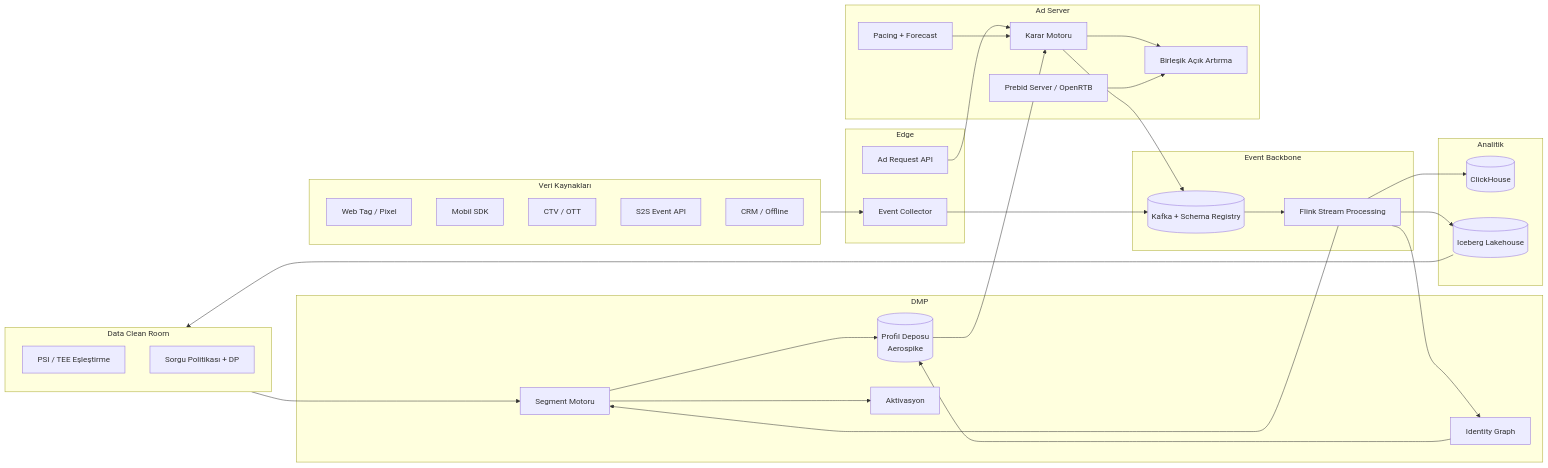
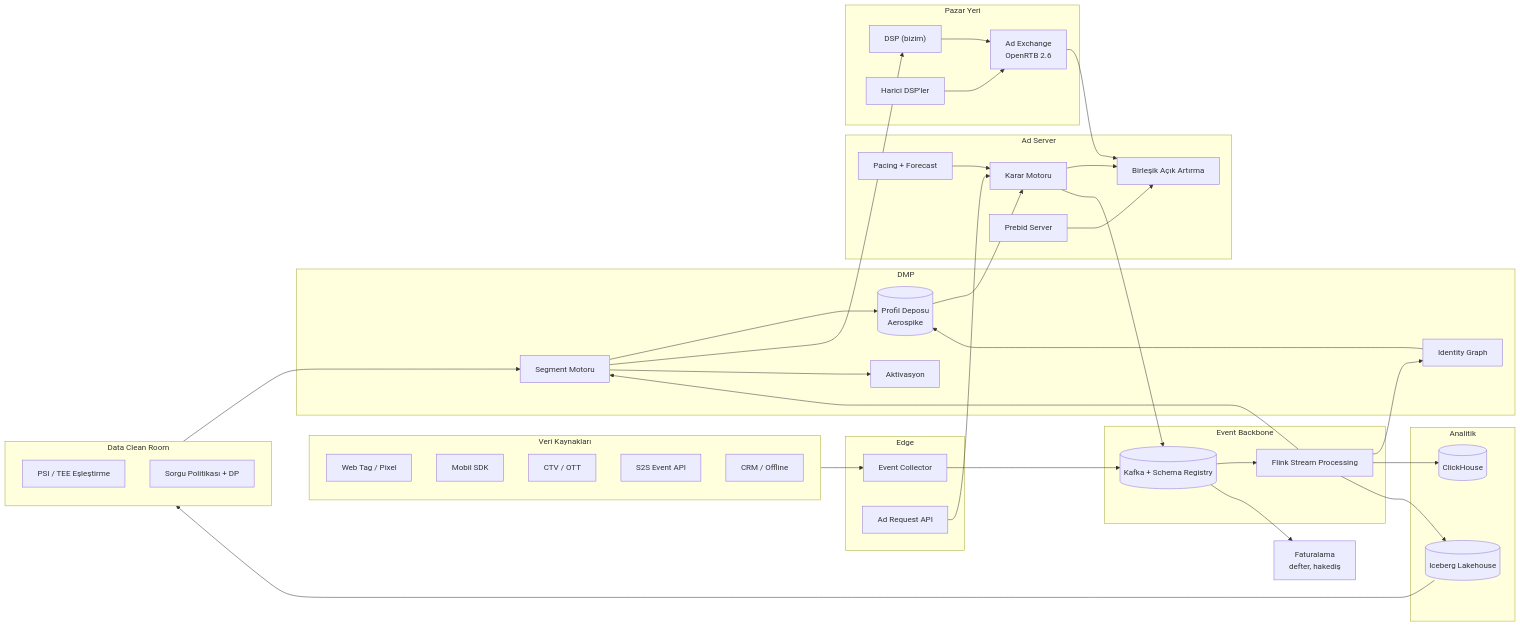
The diagram in docs/adtech-platform/README.md (ugrs2/ugrs2), drawn with Mermaid before and after one commit. The commit also changed other lines of this file and 9 other files, not shown here.

First line of the commit message:
docs(adtech-platform): fix inconsistencies, add exchange/DSP and billing

````diff
--- a/docs/adtech-platform/README.md
+++ b/docs/adtech-platform/README.md
@@ -28,60 +37,73 @@
 ```mermaid
 flowchart LR
     subgraph SRC["Veri Kaynakları"]
         WEB["Web Tag / Pixel"]
         APP["Mobil SDK"]
         CTV["CTV / OTT"]
         S2S["S2S Event API"]
         CRM["CRM / Offline"]
     end
 
     subgraph EDGE["Edge"]
         COL["Event Collector"]
         ADAPI["Ad Request API"]
     end
 
     subgraph BUS["Event Backbone"]
         KAFKA[("Kafka + Schema Registry")]
         FLINK["Flink Stream Processing"]
     end
 
     subgraph DMP["DMP"]
         IDG["Identity Graph"]
         PROF[("Profil Deposu<br/>Aerospike")]
         SEG["Segment Motoru"]
         ACT["Aktivasyon"]
     end
 
     subgraph ADS["Ad Server"]
         DEC["Karar Motoru"]
         AUC["Birleşik Açık Artırma"]
-        RTB["Prebid Server / OpenRTB"]
+        RTB["Prebid Server"]
         PACE["Pacing + Forecast"]
     end
+
+    subgraph MKT["Pazar Yeri"]
+        EXC["Ad Exchange<br/>OpenRTB 2.6"]
+        DSP["DSP (bizim)"]
+        XDSP["Harici DSP'ler"]
+    end
+
+    BILL["Faturalama<br/>defter, hakediş"]
 
     subgraph DCR["Data Clean Room"]
         MATCH["PSI / TEE Eşleştirme"]
         POL["Sorgu Politikası + DP"]
     end
 
     subgraph AN["Analitik"]
         CH[("ClickHouse")]
         LAKE[("Iceberg Lakehouse")]
     end
 
     SRC --> COL --> KAFKA
     ADAPI --> DEC
     KAFKA --> FLINK
     FLINK --> IDG --> PROF
     FLINK --> SEG --> PROF
     PROF --> DEC
     DEC --> AUC
     RTB --> AUC
+    DSP --> EXC
+    XDSP --> EXC
+    EXC --> AUC
+    SEG --> DSP
+    KAFKA --> BILL
     PACE --> DEC
     DEC --> KAFKA
     FLINK --> CH
     FLINK --> LAKE
     LAKE --> DCR
     DCR --> SEG
     SEG --> ACT
 ```
````
